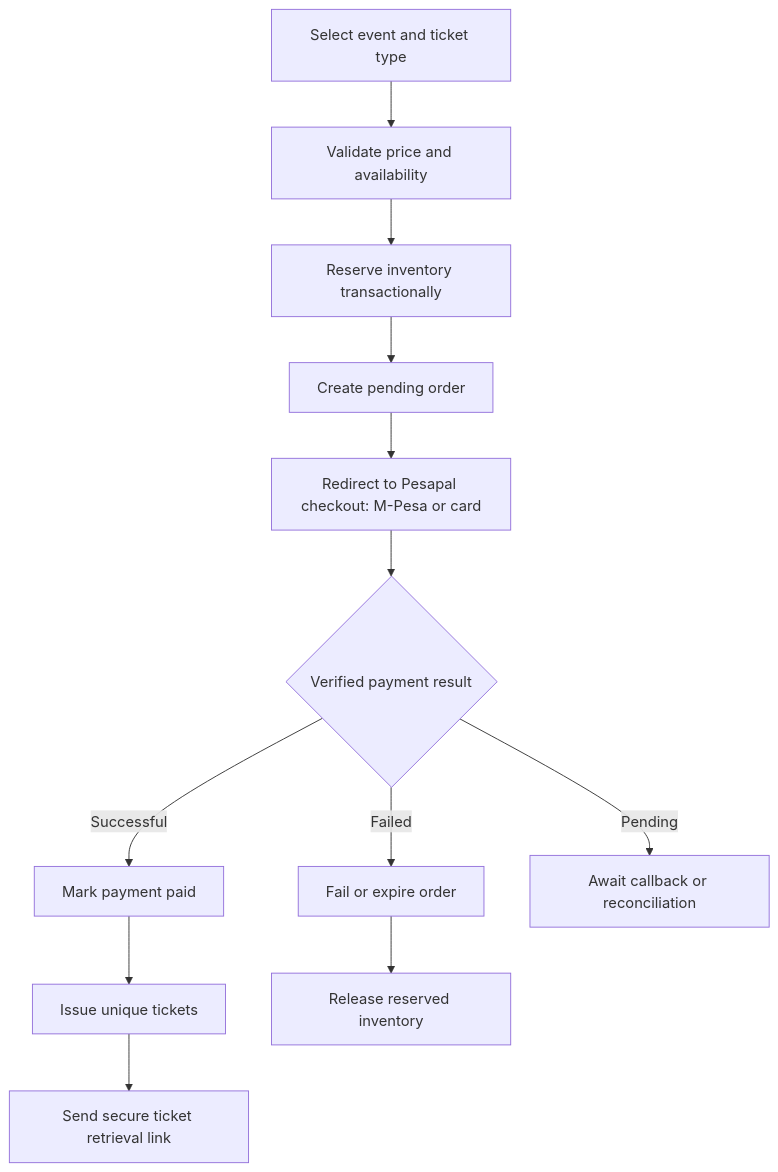
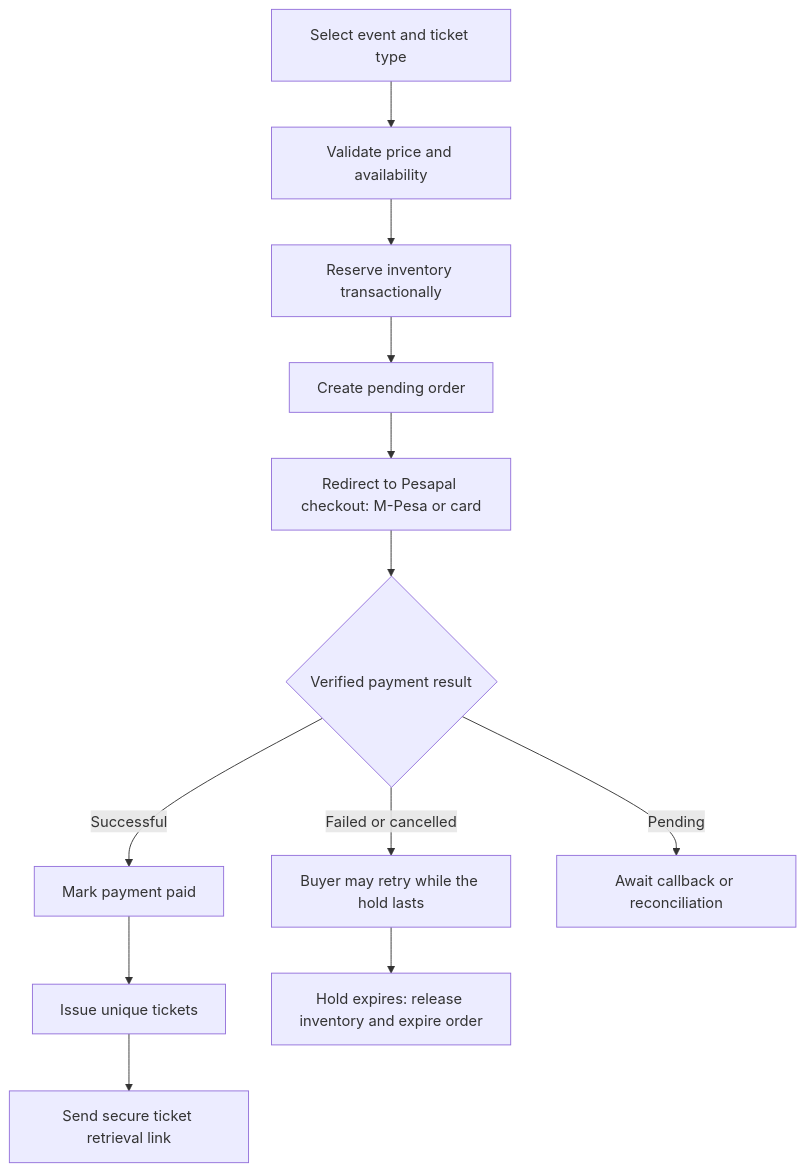
Before and after one commit to kreativesahara/ticket: the third of 4 diagrams in techstack.md, drawn with Mermaid. The commit also changed other lines of this file and 7 other files, not shown here.

Commit message:
refactor: update architecture and prompt specs for single Next.js frontend repository structure

````diff
--- a/techstack.md
+++ b/techstack.md
@@ -181,14 +177,14 @@
 ```mermaid
 flowchart TD
     A[Select event and ticket type] --> B[Validate price and availability]
     B --> C[Reserve inventory transactionally]
     C --> D[Create pending order]
     D --> E[Redirect to Pesapal checkout: M-Pesa or card]
     E --> F{Verified payment result}
     F -- Successful --> G[Mark payment paid]
     G --> H[Issue unique tickets]
     H --> I[Send secure ticket retrieval link]
-    F -- Failed --> J[Fail or expire order]
-    J --> K[Release reserved inventory]
+    F -- Failed or cancelled --> J[Buyer may retry while the hold lasts]
+    J --> K[Hold expires: release inventory and expire order]
     F -- Pending --> L[Await callback or reconciliation]
 ```
````
